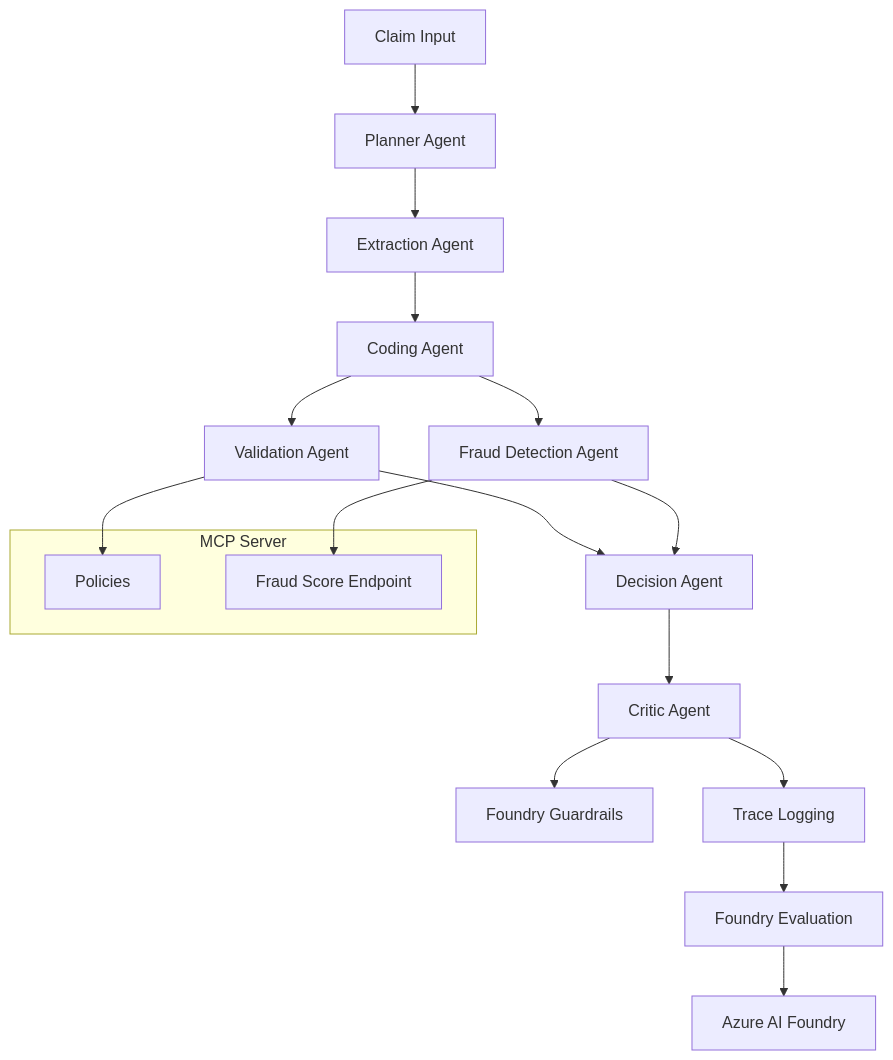
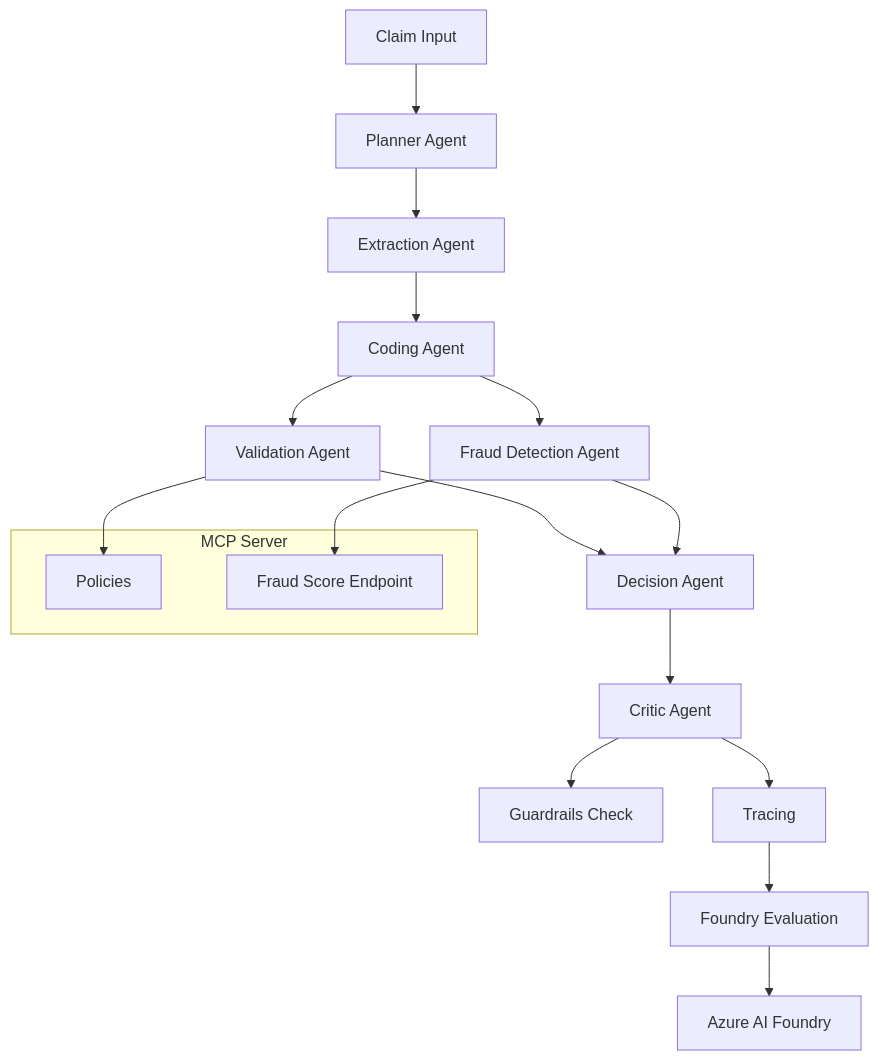
Before and after one commit to vikassinha167/AgenticClaimsProcessing: the diagram in README.md, drawn with Mermaid. The commit also changed other lines of this file and 4 other files, not shown here.

````diff
--- a/README.md
+++ b/README.md
@@ -22,21 +22,21 @@
 ```mermaid
 flowchart TD
     A[Claim Input] --> B[Planner Agent]
     B --> C[Extraction Agent]
     C --> D[Coding Agent]
     D --> E[Validation Agent]
     D --> F[Fraud Detection Agent]
     E --> G[Decision Agent]
     F --> G
     G --> H[Critic Agent]
-    H --> I[Foundry Guardrails]
-    H --> J[Trace Logging]
+    H --> I[Guardrails Check]
+    H --> J[Tracing]
     J --> K[Foundry Evaluation]
     subgraph MCP Server
         M1[Policies]
         M2[Fraud Score Endpoint]
     end
     E --> M1
     F --> M2
     K --> L[Azure AI Foundry]
 ```
````
